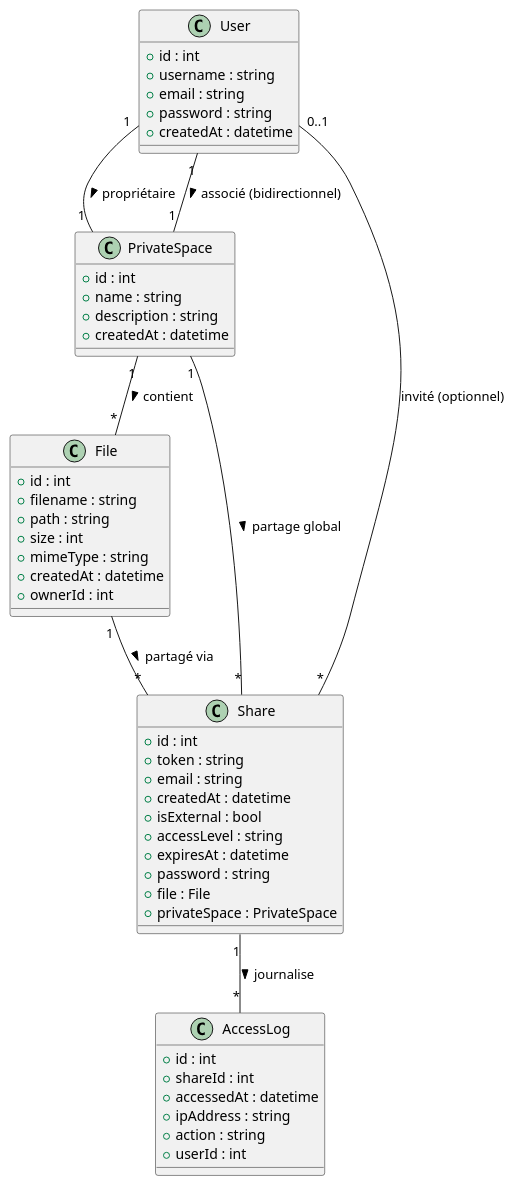
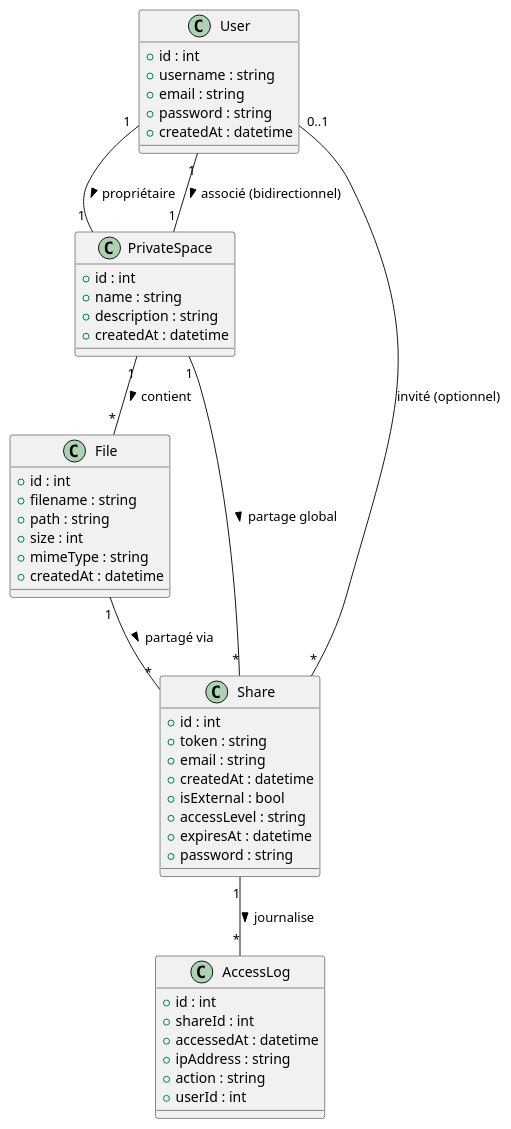
The diagram in classes.puml (ronan-develop/home-cloud), drawn with PlantUML before and after one commit. The commit also changed 1 other file, not shown here.

Commit message:
📝 docs: synchronisation du diagramme UML (classes.puml) avec le modèle réel (#24)
- Mise à jour du diagramme de classes PlantUML pour refléter l’état exact des entités et relations au 01/09/2025
- Suppression de tout champ ownerId sur File (la propriété passe par File → PrivateSpace → User)
- Relations OneToOne, OneToMany, ManyToOne alignées sur le code et la documentation
- Ajout d’un commentaire de synchronisation et référence à l’issue #24
- Cohérence garantie avec le README et la base de code

Closes #24

#doc #uml #architecture

```diff
--- a/classes.puml
+++ b/classes.puml
@@ -1,66 +1,64 @@
 @startuml HomeCloud
 
 ' Diagramme de classes principal pour Home Cloud (particuliers, partage)
+' Synchronisé avec le code au 01/09/2025 — #24
 
 class User {
   +id : int
   +username : string
   +email : string
   +password : string
   +createdAt : datetime
 }
 
 class PrivateSpace {
   +id : int
   +name : string
   +description : string
   +createdAt : datetime
 }
 
 class File {
   +id : int
   +filename : string
   +path : string
   +size : int
   +mimeType : string
   +createdAt : datetime
-  +ownerId : int
 }
 
 class Share {
   +id : int
   +token : string
   +email : string
   +createdAt : datetime
   +isExternal : bool
   +accessLevel : string
   +expiresAt : datetime
   +password : string
-  +file : File
-  +privateSpace : PrivateSpace
 }
 
 class AccessLog {
   +id : int
   +shareId : int
   +accessedAt : datetime
   +ipAddress : string
   +action : string
   +userId : int
 }
 
 ' Suppression de Database (l'isolation se fait par base, pas par entité métier)
 
 User "1" -- "1" PrivateSpace : propriétaire >
 PrivateSpace "1" -- "1" User : < associé (bidirectionnel)
 PrivateSpace "1" -- "*" File : contient >
 File "1" -- "*" Share : partagé via >
 PrivateSpace "1" -- "*" Share : partage global >
 Share "*" -- "0..1" User : invité (optionnel)
 Share "1" -- "*" AccessLog : journalise >
 
 ' NOTE: Chaque PrivateSpace est associé à un sous-domaine dédié (multi-tenant applicatif)
 ' L'isolation des données est assurée par la détection du sous-domaine côté Symfony
 ' Un User possède un PrivateSpace, chaque PrivateSpace correspond à un sous-domaine
 
 @enduml
```
